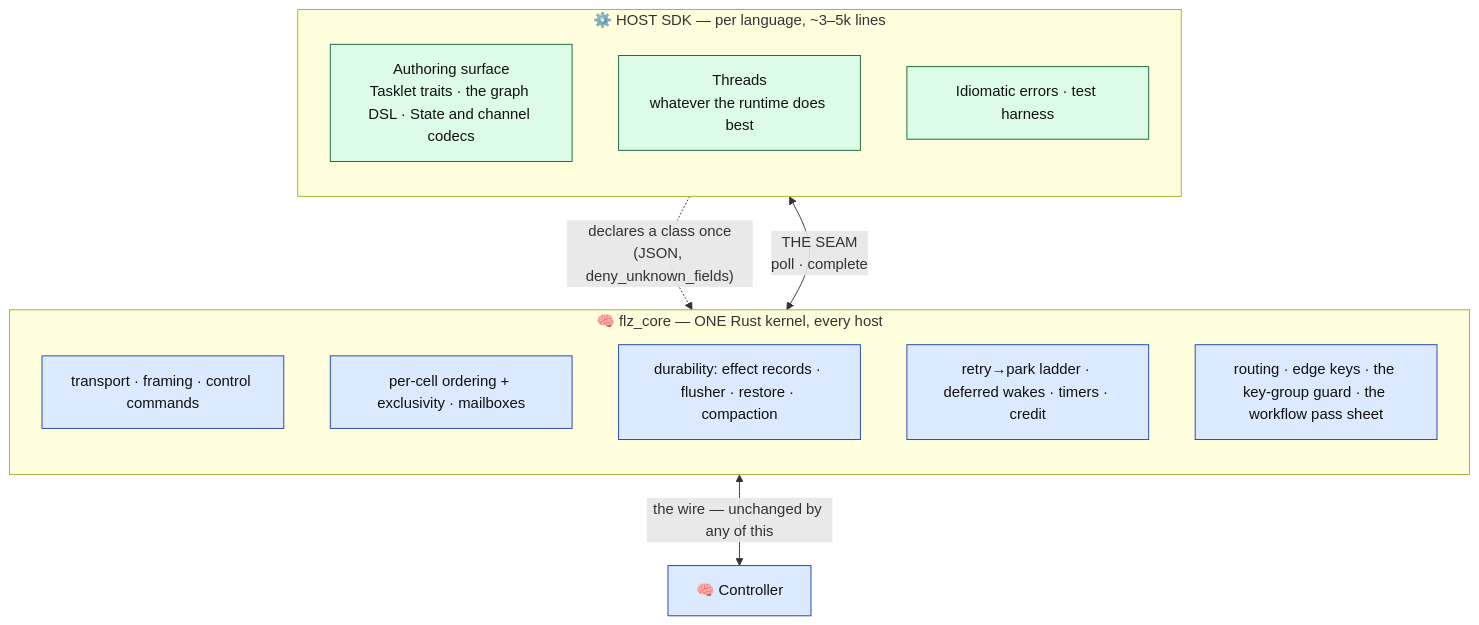
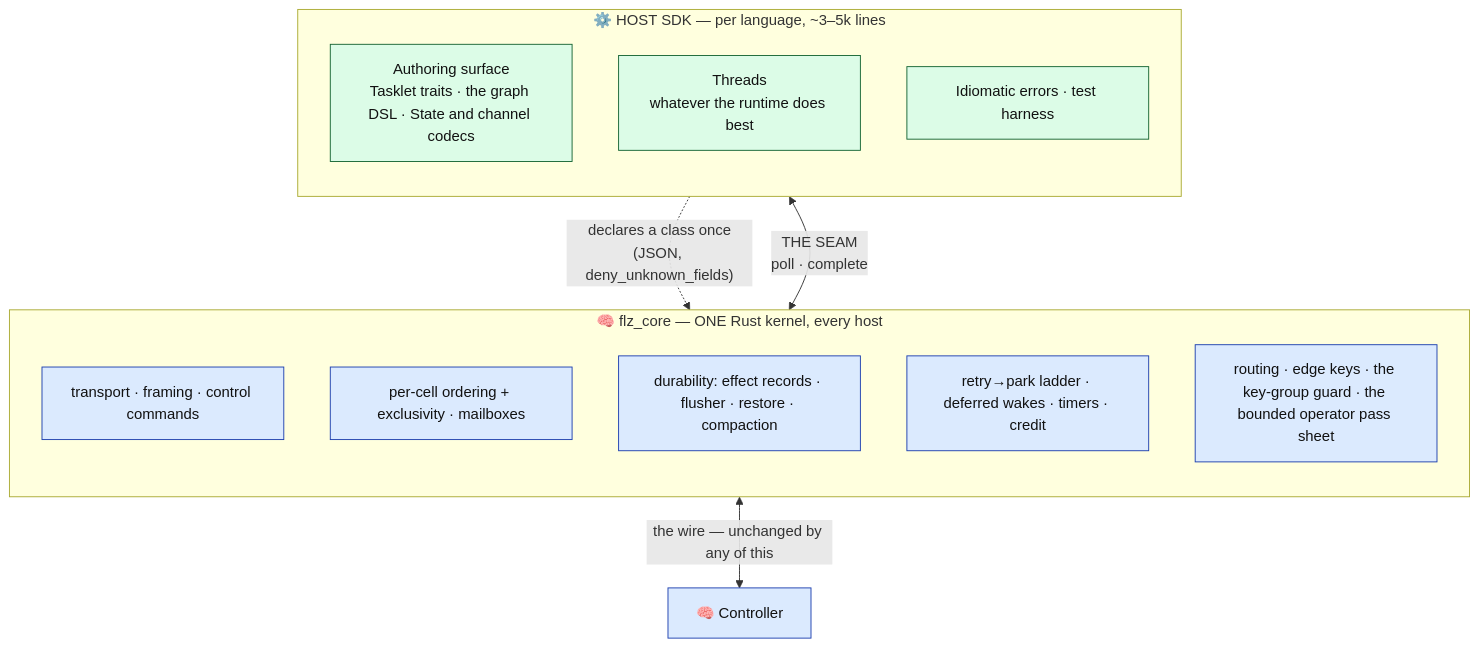
One commit to Flezha/flezha changed the first of 8 diagrams in docs/architecture/runner.md. Above: the diagram before and after it, drawn with Mermaid. The commit also changed other lines of this file and 929 other files, not shown here.

First line of the commit message:
Rename Operative to Operator, and its kinds to unbounded and bounded

````diff
--- a/docs/architecture/runner.md
+++ b/docs/architecture/runner.md
@@ -22,27 +22,27 @@
 ```mermaid
 flowchart TB
     subgraph HOST["⚙️ HOST SDK — per language, ~3–5k lines"]
         direction TB
         AUTH["Authoring surface<br/>Tasklet traits · the graph DSL · State and channel codecs"]:::exec
         THREADS["Threads<br/>whatever the runtime does best"]:::exec
         TEST["Idiomatic errors · test harness"]:::exec
     end
 
     subgraph CORE["🧠 flz_core — ONE Rust kernel, every host"]
         direction TB
         C1["transport · framing · control commands"]:::ctrl
         C2["per-cell ordering + exclusivity · mailboxes"]:::ctrl
         C3["durability: effect records · flusher · restore · compaction"]:::ctrl
         C4["retry→park ladder · deferred wakes · timers · credit"]:::ctrl
-        C5["routing · edge keys · the key-group guard · the workflow pass sheet"]:::ctrl
+        C5["routing · edge keys · the key-group guard · the bounded operator pass sheet"]:::ctrl
     end
 
     CTRL["🧠 Controller"]:::ctrl
 
     AUTH -.->|"declares a class once<br/>(JSON, deny_unknown_fields)"| CORE
     THREADS <-->|"THE SEAM<br/>poll · complete"| CORE
     CORE <-->|"the wire — unchanged by any of this"| CTRL
 
     classDef ctrl fill:#dbeafe,stroke:#1e40af,color:#111
     classDef exec fill:#dcfce7,stroke:#166534,color:#111
 ```
````
